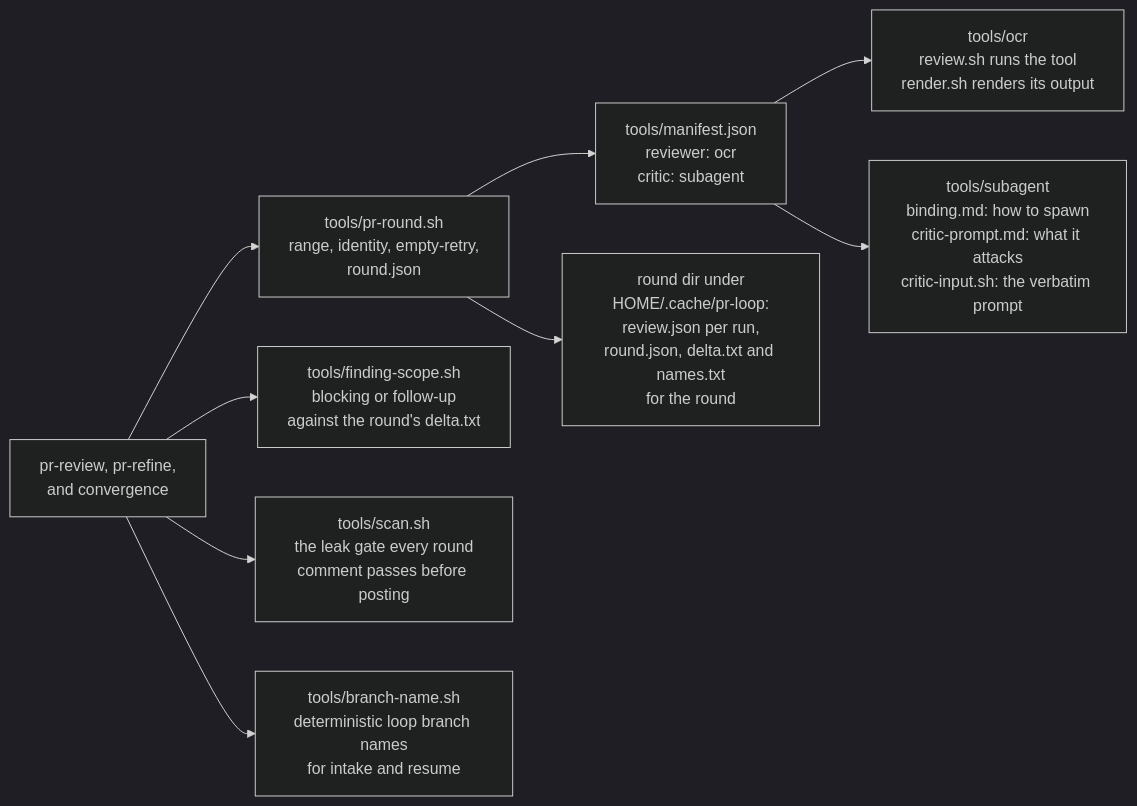
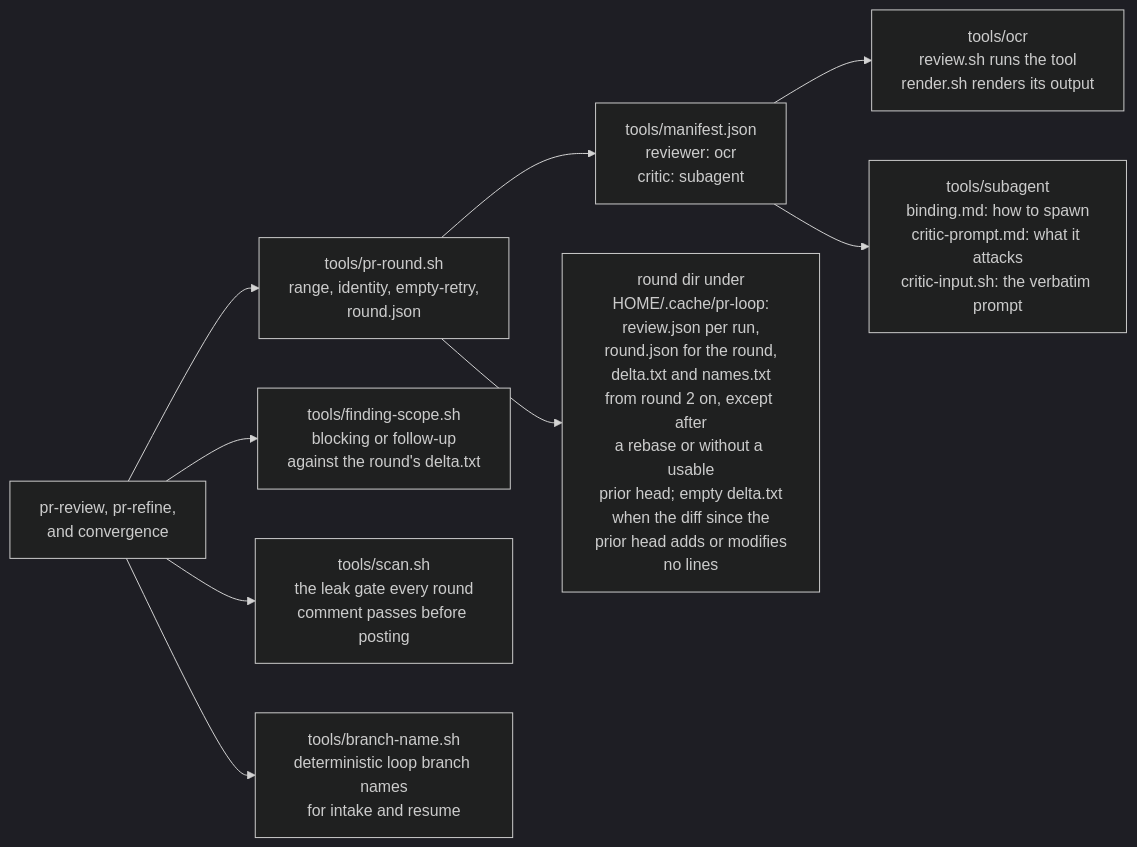
The second of 2 diagrams in dot_claude/skills/issue-to-pr/flow.md (ryankanno/dotfiles), drawn with Mermaid (dark theme) before and after one commit. The commit also changed 6 other files, not shown here.

First line of the commit message:
fix(claude): review the right range after a rebase and close partial-review gaps (#42)

````diff
--- a/dot_claude/skills/issue-to-pr/flow.md
+++ b/dot_claude/skills/issue-to-pr/flow.md
@@ -79,11 +79,11 @@
 ```mermaid
 flowchart LR
     S["pr-review, pr-refine,<br/>and convergence"] --> P["tools/pr-round.sh<br/>range, identity, empty-retry,<br/>round.json"]
     P --> M["tools/manifest.json<br/>reviewer: ocr<br/>critic: subagent"]
     S --> FS["tools/finding-scope.sh<br/>blocking or follow-up<br/>against the round's delta.txt"]
     M --> R["tools/ocr<br/>review.sh runs the tool<br/>render.sh renders its output"]
     M --> C["tools/subagent<br/>binding.md: how to spawn<br/>critic-prompt.md: what it attacks<br/>critic-input.sh: the verbatim prompt"]
-    P --> O["round dir under<br/>HOME/.cache/pr-loop:<br/>review.json per run,<br/>round.json, delta.txt and names.txt<br/>for the round"]
+    P --> O["round dir under<br/>HOME/.cache/pr-loop:<br/>review.json per run,<br/>round.json for the round,<br/>delta.txt and names.txt<br/>from round 2 on, except after<br/>a rebase or without a usable<br/>prior head; empty delta.txt<br/>when the diff since the<br/>prior head adds or modifies<br/>no lines"]
     S --> SC["tools/scan.sh<br/>the leak gate every round<br/>comment passes before posting"]
     S --> BN["tools/branch-name.sh<br/>deterministic loop branch names<br/>for intake and resume"]
 ```
````
